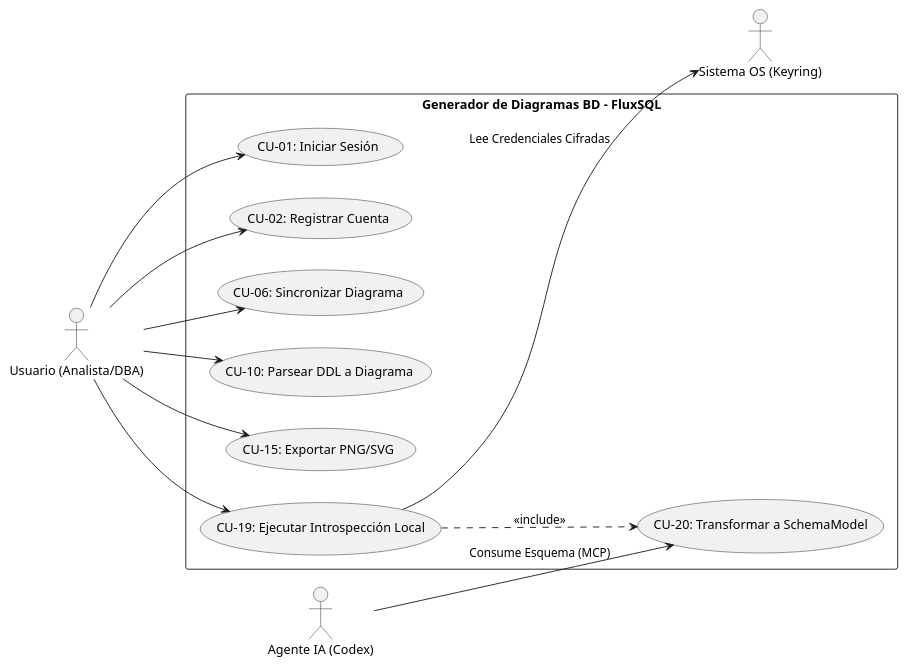
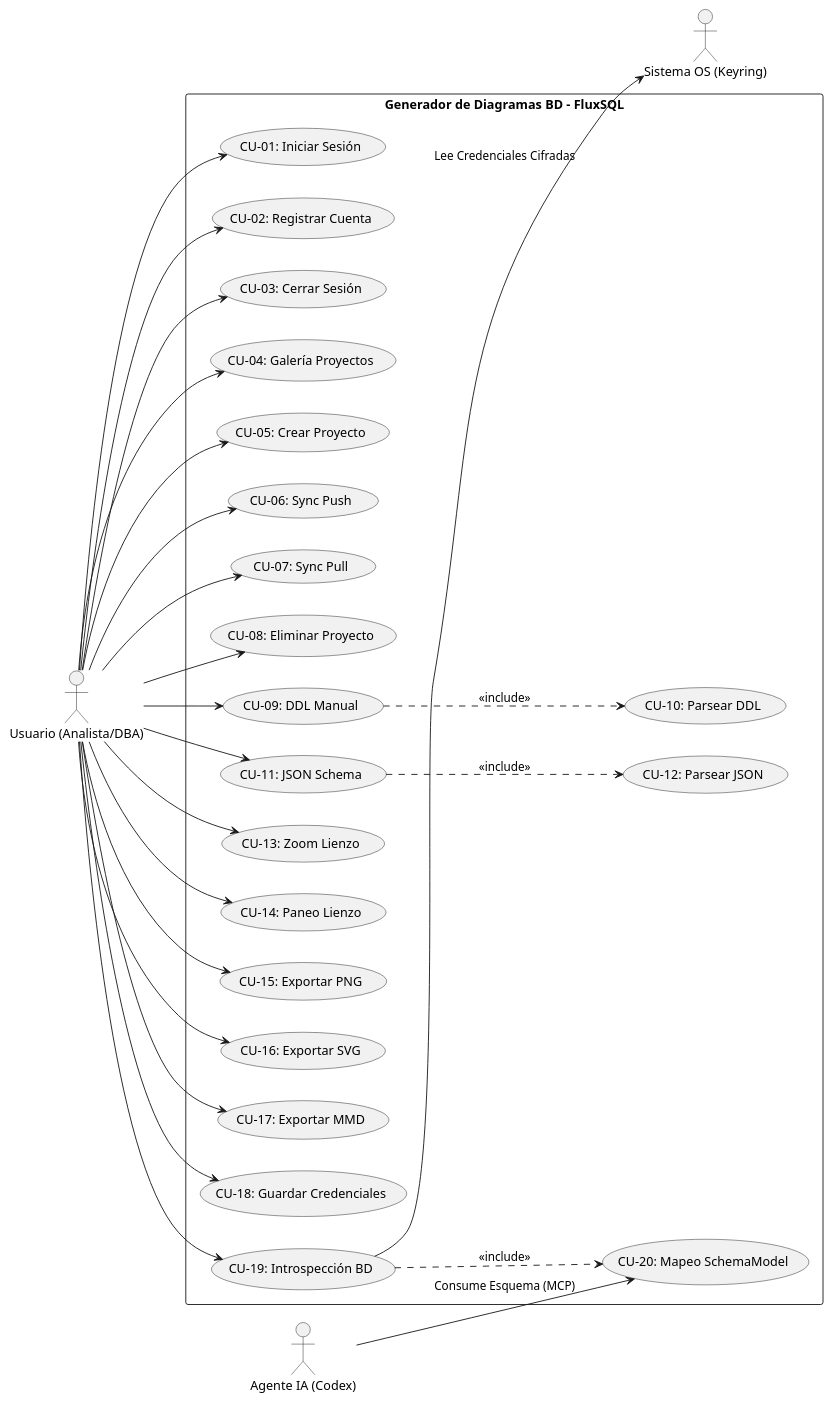
The sixth of 48 diagrams in docs/formatos/FD03-Informe-Especificacion-Requerimientos.md (UPT-FAING-EPIS/proyecto-si783-2026-i-u3-generador_diagramas_bd), drawn with PlantUML before and after one commit. The commit also changed other lines of this file and 1 other file, not shown here.

Commit message:
docs: actualizar los 20 diagramas de objetos y CUs a PlantUML

````diff
--- a/docs/formatos/FD03-Informe-Especificacion-Requerimientos.md
+++ b/docs/formatos/FD03-Informe-Especificacion-Requerimientos.md
@@ -465,31 +465,57 @@
 ```plantuml
 @startuml
 left to right direction
 skinparam packageStyle rectangle
 
 actor "Usuario (Analista/DBA)" as User
 actor "Sistema OS (Keyring)" as OS
 actor "Agente IA (Codex)" as AI
 
 package "Generador de Diagramas BD - FluxSQL" {
   usecase "CU-01: Iniciar Sesión" as UC1
   usecase "CU-02: Registrar Cuenta" as UC2
-  usecase "CU-06: Sincronizar Diagrama" as UC6
-  usecase "CU-10: Parsear DDL a Diagrama" as UC10
-  usecase "CU-15: Exportar PNG/SVG" as UC15
-  usecase "CU-19: Ejecutar Introspección Local" as UC19
-  usecase "CU-20: Transformar a SchemaModel" as UC20
+  usecase "CU-03: Cerrar Sesión" as UC3
+  usecase "CU-04: Galería Proyectos" as UC4
+  usecase "CU-05: Crear Proyecto" as UC5
+  usecase "CU-06: Sync Push" as UC6
+  usecase "CU-07: Sync Pull" as UC7
+  usecase "CU-08: Eliminar Proyecto" as UC8
+  usecase "CU-09: DDL Manual" as UC9
+  usecase "CU-10: Parsear DDL" as UC10
+  usecase "CU-11: JSON Schema" as UC11
+  usecase "CU-12: Parsear JSON" as UC12
+  usecase "CU-13: Zoom Lienzo" as UC13
+  usecase "CU-14: Paneo Lienzo" as UC14
+  usecase "CU-15: Exportar PNG" as UC15
+  usecase "CU-16: Exportar SVG" as UC16
+  usecase "CU-17: Exportar MMD" as UC17
+  usecase "CU-18: Guardar Credenciales" as UC18
+  usecase "CU-19: Introspección BD" as UC19
+  usecase "CU-20: Mapeo SchemaModel" as UC20
 }
 
 User --> UC1
 User --> UC2
+User --> UC3
+User --> UC4
+User --> UC5
 User --> UC6
-User --> UC10
+User --> UC7
+User --> UC8
+User --> UC9
+User --> UC11
+User --> UC13
+User --> UC14
 User --> UC15
+User --> UC16
+User --> UC17
+User --> UC18
 User --> UC19
 
 UC19 --> OS : "Lee Credenciales Cifradas"
+UC9 ..> UC10 : <<include>>
+UC11 ..> UC12 : <<include>>
 UC19 ..> UC20 : <<include>>
 AI --> UC20 : "Consume Esquema (MCP)"
 @enduml
 ```
````
